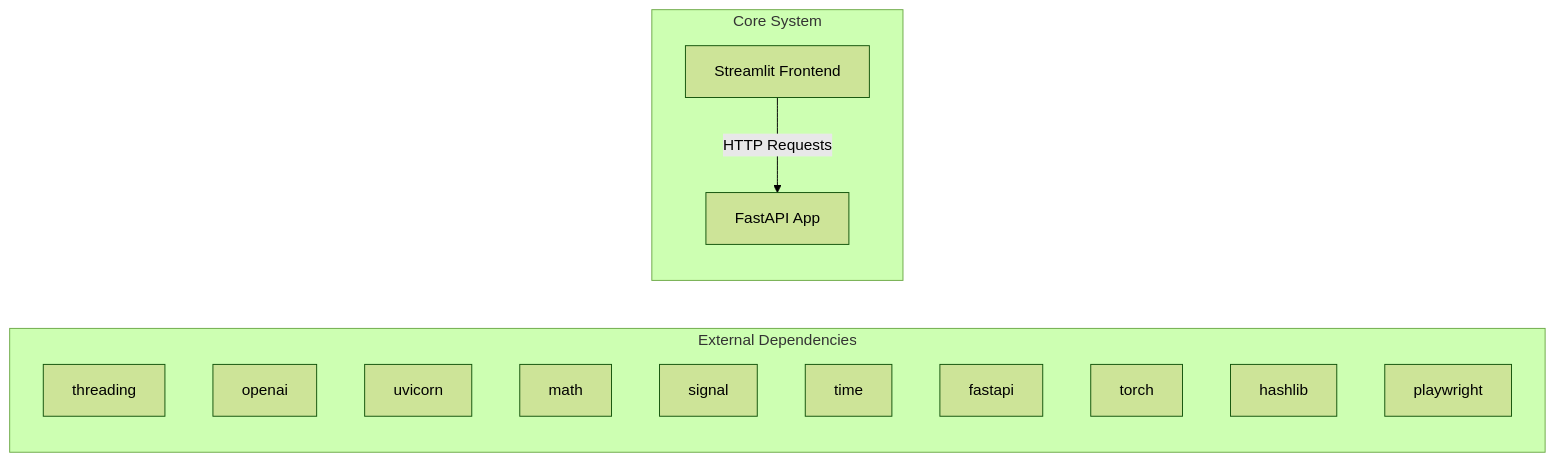
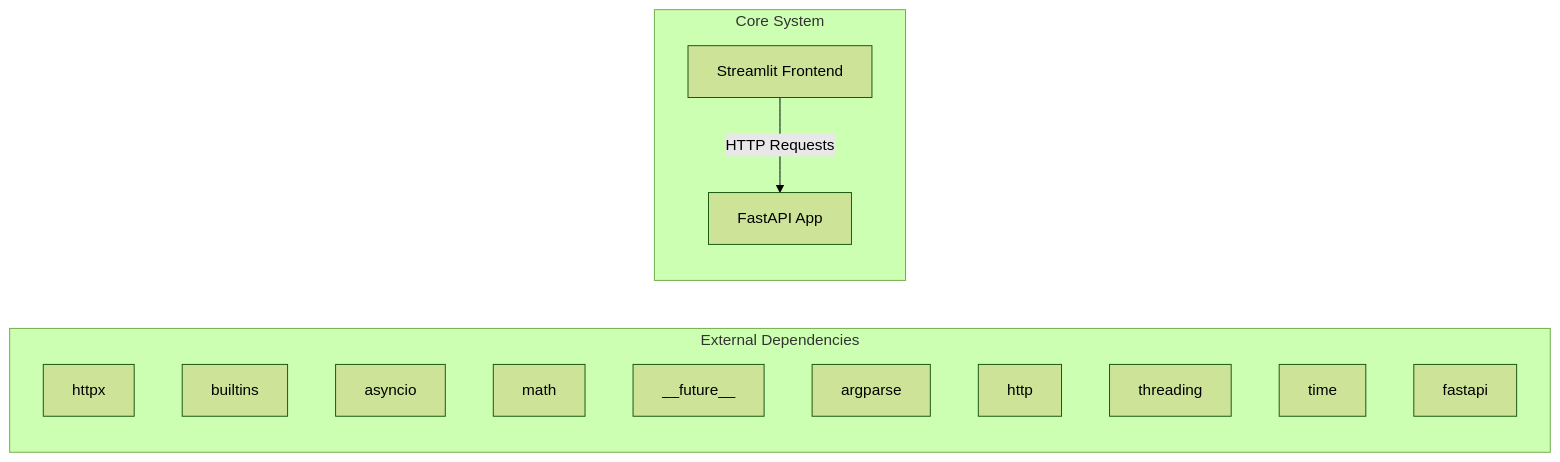
One commit to NITISH-R-G/rag-context-optimizer changed the first of 2 diagrams in docs/architecture.md. Above: the diagram before and after it, drawn with Mermaid (forest theme). The commit also changed 1 other file, not shown here.

Commit message:
docs: auto-update repository knowledge, architecture diagrams, and documentation

````diff
--- a/docs/architecture.md
+++ b/docs/architecture.md
@@ -7,20 +7,20 @@
 ```mermaid
 graph LR
     subgraph External Dependencies
-        E0["threading"]
-        E1["openai"]
-        E2["uvicorn"]
+        E0["httpx"]
+        E1["builtins"]
+        E2["asyncio"]
         E3["math"]
-        E4["signal"]
-        E5["time"]
-        E6["fastapi"]
-        E7["torch"]
-        E8["hashlib"]
-        E9["playwright"]
+        E4["__future__"]
+        E5["argparse"]
+        E6["http"]
+        E7["threading"]
+        E8["time"]
+        E9["fastapi"]
     end
     subgraph Core System
         API["FastAPI App"]
         UI["Streamlit Frontend"]
     end
     UI -->|HTTP Requests| API
 ```
````
